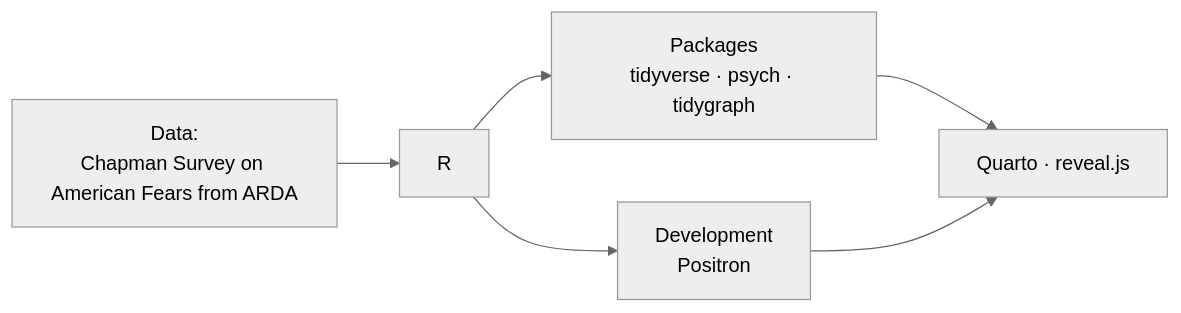
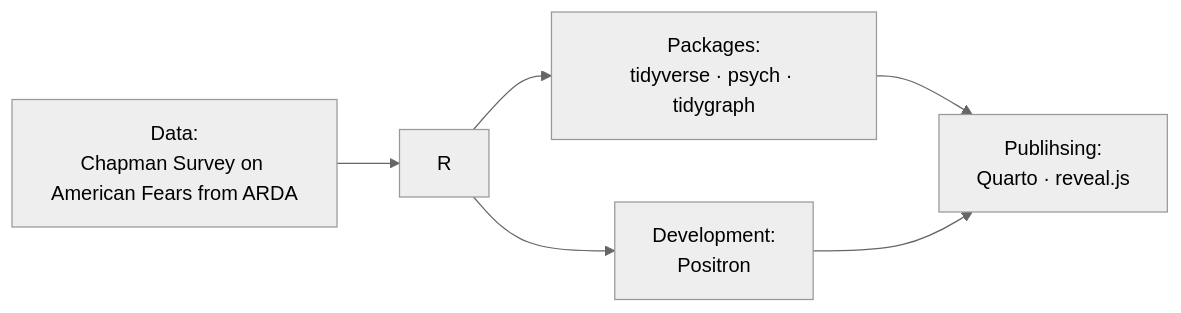
The diagram in README.md (asleepwithabook/asleepwithabook), drawn with Mermaid before and after one commit. The commit also changed other lines of this file, not shown here.

Commit message:
format for profile, not repo readme preview

````diff
--- a/README.md
+++ b/README.md
@@ -43,16 +43,16 @@
 ```mermaid
 %%{init: {"theme": "default", "securityLevel": "strict", "startOnLoad": false, "theme": "neutral"}}%%
 
 flowchart LR
   DATA["Data:<br/>Chapman Survey on American Fears from ARDA"]
   R["R"]
-  PACKAGE["Packages<br/>tidyverse · psych · tidygraph"]
-  DEVELOPMENT["Development<br/>Positron"]
-  PUBLISHING["Quarto · reveal.js"]
+  PACKAGE["Packages:<br/>tidyverse · psych · tidygraph"]
+  DEVELOPMENT["Development:<br/>Positron"]
+  PUBLISHING["Publihsing:<br/>Quarto · reveal.js"]
 
   DATA --> R
   R --> PACKAGE
   R --> DEVELOPMENT
   PACKAGE --> PUBLISHING
   DEVELOPMENT --> PUBLISHING
 ```
````
